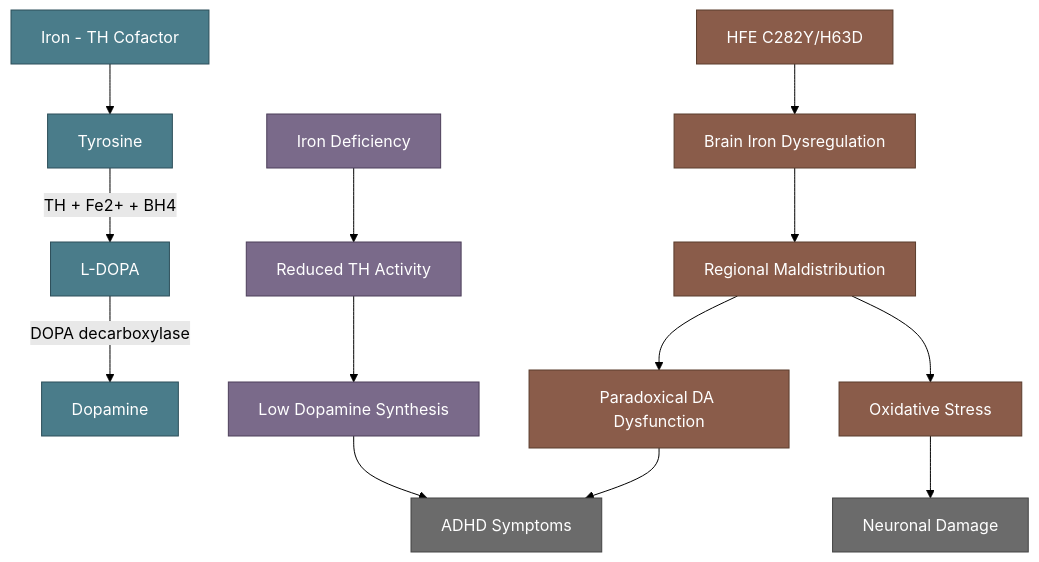
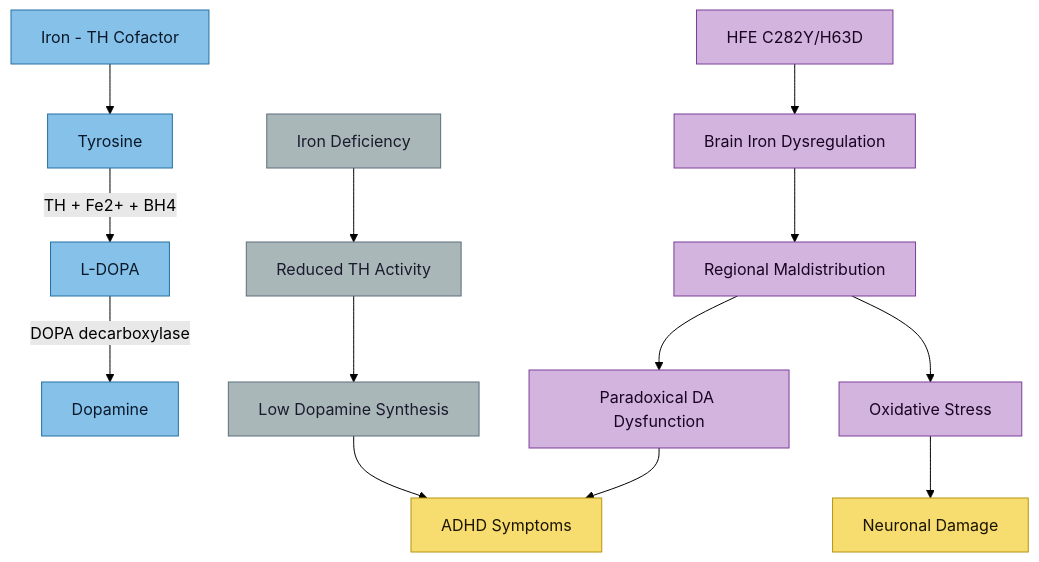
One commit to Aegis-commits/ag-hfe-adhd-asd-research changed the diagram in neurodevelopment/Iron-Dopamine-ADHD Axis.md. Above: the diagram before and after it, drawn with Mermaid (forest theme). The commit also changed 39 other files, not shown here.

First line of the commit message:
docs(vault): standardise diagram colours for light-mode readability, add MOC quick nav

````diff
--- a/neurodevelopment/Iron-Dopamine-ADHD Axis.md
+++ b/neurodevelopment/Iron-Dopamine-ADHD Axis.md
@@ -29,29 +29,29 @@
 ```mermaid
 flowchart TD
     A[Tyrosine] -->|TH + Fe2+ + BH4| B[L-DOPA]
     B -->|DOPA decarboxylase| C[Dopamine]
     D[Iron - TH Cofactor] --> A
 
     E[HFE C282Y/H63D] --> F[Brain Iron Dysregulation]
     F --> G[Regional Maldistribution]
     G --> H[Paradoxical DA Dysfunction]
     H --> I[ADHD Symptoms]
 
     J[Iron Deficiency] --> K[Reduced TH Activity]
     K --> L[Low Dopamine Synthesis]
     L --> I
 
     G --> M[Oxidative Stress]
     M --> N[Neuronal Damage]
 
-    classDef pathway fill:#4a7c8a,stroke:#2d4f5a,color:#fff
-    classDef hfe fill:#8a5c4a,stroke:#5a3d2d,color:#fff
-    classDef outcome fill:#6b6b6b,stroke:#444,color:#fff
-    classDef deficit fill:#7a6a8a,stroke:#4d3f5a,color:#fff
+    classDef pathway fill:#85c1e9,stroke:#2471a3,color:#0a1929
+    classDef hfe fill:#d2b4de,stroke:#7d3c98,color:#1a0422
+    classDef outcome fill:#f7dc6f,stroke:#b7950b,color:#1a1400
+    classDef deficit fill:#aab7b8,stroke:#5d6d7e,color:#1a1a2e
 
     class A,B,C,D pathway
     class E,F,G,H hfe
     class I,N outcome
     class J,K,L deficit
     class M hfe
 ```
````
